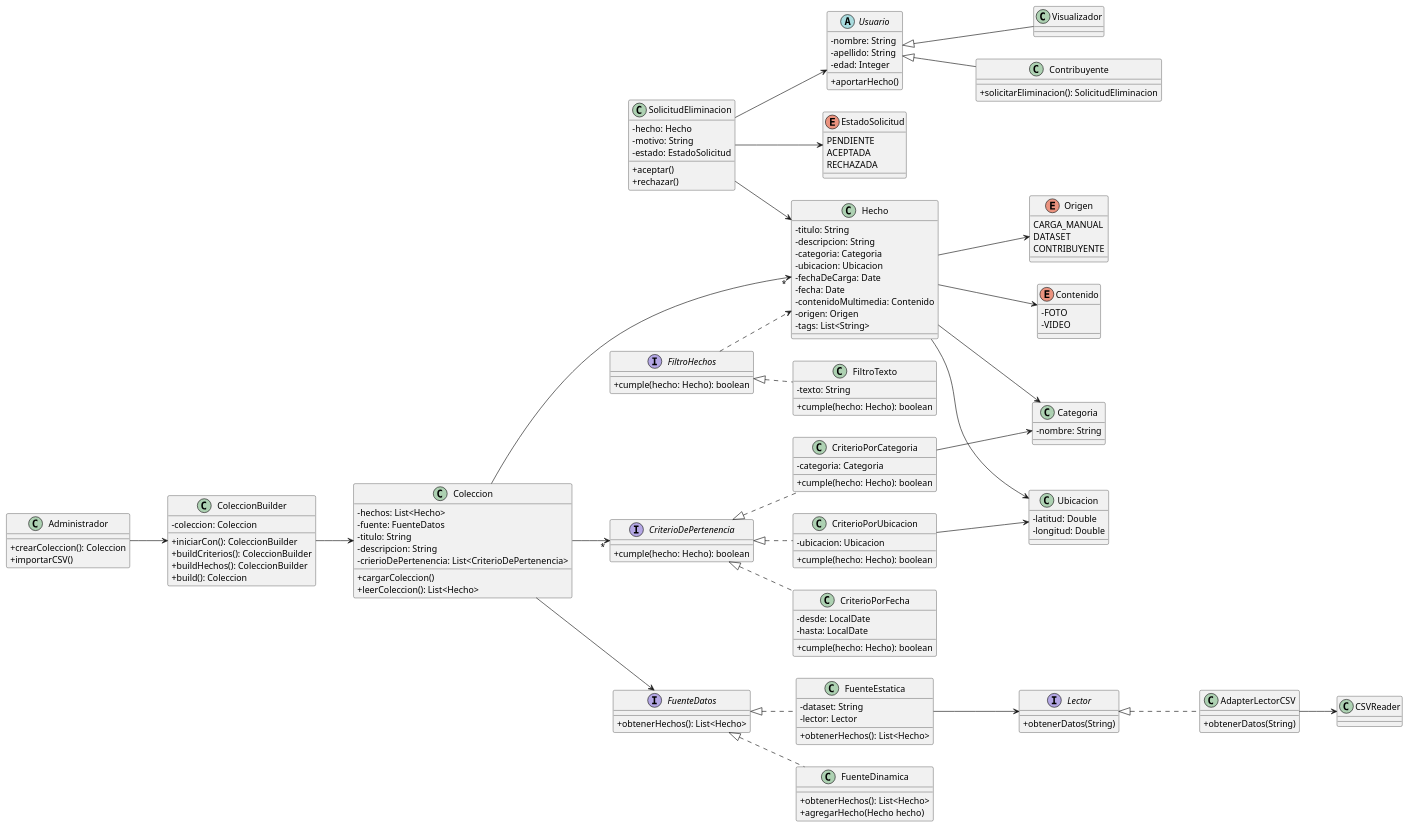
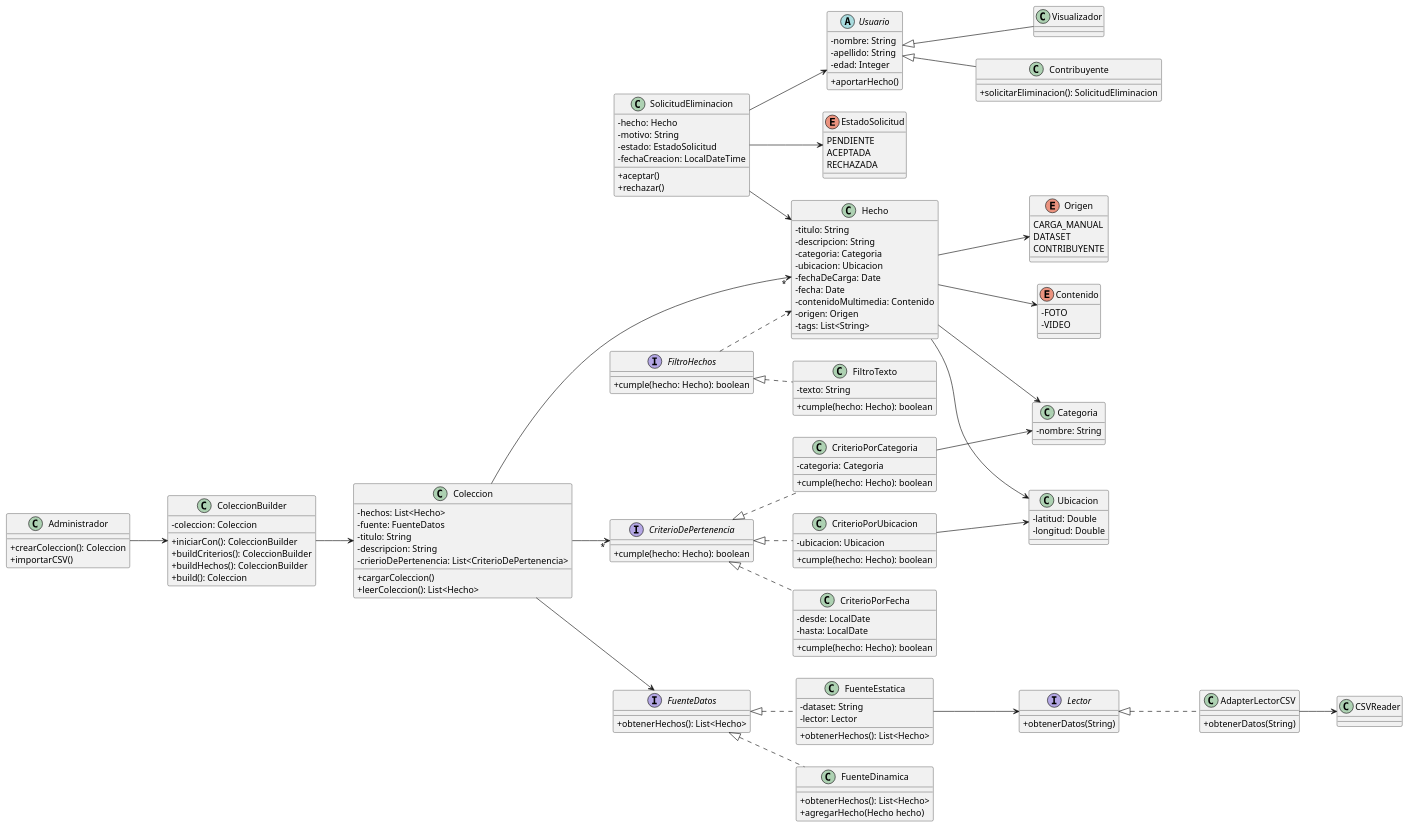
Before and after one commit to nicofernandez17/backend-arquitectura-limpia: the diagram in Diagrams/DC_V3.puml, drawn with PlantUML. The commit also changed 13 other files, not shown here.

```diff
--- a/Diagrams/DC_V3.puml
+++ b/Diagrams/DC_V3.puml
@@ -1,184 +1,185 @@
 @startuml
 left to right direction
 skinparam classAttributeIconSize 0
 
 '---------------------- Usuarios ----------------------
 abstract class Usuario {
     -nombre: String
     -apellido: String
     -edad: Integer
     +aportarHecho()
 }
 
 class Visualizador extends Usuario {
 
 }
 
 class Contribuyente extends Usuario {
     +solicitarEliminacion(): SolicitudEliminacion
 }
 
 class Administrador {
     +crearColeccion(): Coleccion
     +importarCSV()
 }
 
 
 Administrador --> ColeccionBuilder
 ColeccionBuilder --> Coleccion
 
 
 
 '---------------------- Solicitud Eliminación ----------------------
 class SolicitudEliminacion {
     -hecho: Hecho
     -motivo: String
     -estado: EstadoSolicitud
+    -fechaCreacion: LocalDateTime
 
     +aceptar()
     +rechazar()
 }
 
 enum EstadoSolicitud {
     PENDIENTE
     ACEPTADA
     RECHAZADA
 }
 
 SolicitudEliminacion --> Usuario
 SolicitudEliminacion --> Hecho
 SolicitudEliminacion --> EstadoSolicitud
 
 
 '---------------------- Colecciones ----------------------
 class Coleccion {
     -hechos: List<Hecho>
     -fuente: FuenteDatos
     -titulo: String
     -descripcion: String
     -crierioDePertenencia: List<CriterioDePertenencia>
 
     +cargarColeccion()
     +leerColeccion(): List<Hecho>
 }
 
 class ColeccionBuilder {
 
     -coleccion: Coleccion
     +iniciarCon(): ColeccionBuilder
     +buildCriterios(): ColeccionBuilder
     +buildHechos(): ColeccionBuilder
     +build(): Coleccion
 
 }
 
 interface CriterioDePertenencia {
     +cumple(hecho: Hecho): boolean
 }
 
 class CriterioPorUbicacion implements CriterioDePertenencia {
     -ubicacion: Ubicacion
     +cumple(hecho: Hecho): boolean
 }
 
 class CriterioPorFecha implements CriterioDePertenencia {
     -desde: LocalDate
     -hasta: LocalDate
     +cumple(hecho: Hecho): boolean
 }
 
 class CriterioPorCategoria implements CriterioDePertenencia {
     -categoria: Categoria
     +cumple(hecho: Hecho): boolean
 }
 
 Coleccion --> "*" Hecho
 Coleccion --> FuenteDatos
 Coleccion --> "*" CriterioDePertenencia
 CriterioPorCategoria --> Categoria
 CriterioPorUbicacion --> Ubicacion
 
 '---------------------- Hechos ----------------------
 class Hecho {
     -titulo: String
     -descripcion: String
     -categoria: Categoria
     -ubicacion: Ubicacion
     -fechaDeCarga: Date
     -fecha: Date
     -contenidoMultimedia: Contenido
     -origen: Origen
     -tags: List<String>
 }
 
 class Categoria {
     -nombre: String
 }
 
 enum Origen {
     CARGA_MANUAL
     DATASET
     CONTRIBUYENTE
 }
 
 class Ubicacion {
     -latitud: Double
     -longitud: Double
 }
 
 enum Contenido {
     -FOTO
     -VIDEO
 }
 
 Hecho --> Categoria
 Hecho --> Ubicacion
 Hecho --> Origen
 Hecho --> Contenido
 
 '---------------------- Filtros de Hechos ----------------------
 interface FiltroHechos {
     +cumple(hecho: Hecho): boolean
 }
 
 class FiltroTexto implements FiltroHechos {
     -texto: String
     +cumple(hecho: Hecho): boolean
 }
 
 FiltroHechos ..> Hecho
 
 '---------------------- Fuentes de Datos ----------------------
 interface FuenteDatos {
     +obtenerHechos(): List<Hecho>
 }
 
 class FuenteEstatica implements FuenteDatos {
     -dataset: String
     -lector: Lector
     +obtenerHechos(): List<Hecho>
 }
 
 class FuenteDinamica implements FuenteDatos {
     +obtenerHechos(): List<Hecho>
     + agregarHecho(Hecho hecho)
 }
 
 FuenteEstatica --> Lector
 
 '---------------------- Lectores ----------------------
 interface Lector {
     +obtenerDatos(String)
 }
 
 class AdapterLectorCSV implements Lector {
 
     +obtenerDatos(String)
 }
 
 class CSVReader {
 
 }
 AdapterLectorCSV --> CSVReader
 
 @enduml
```
